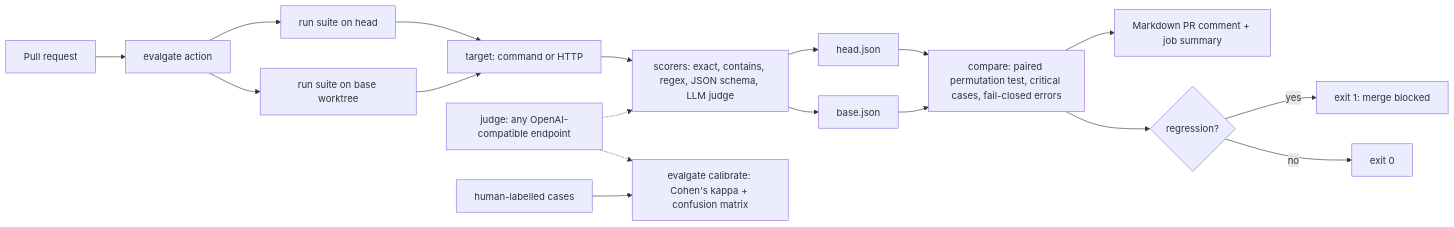
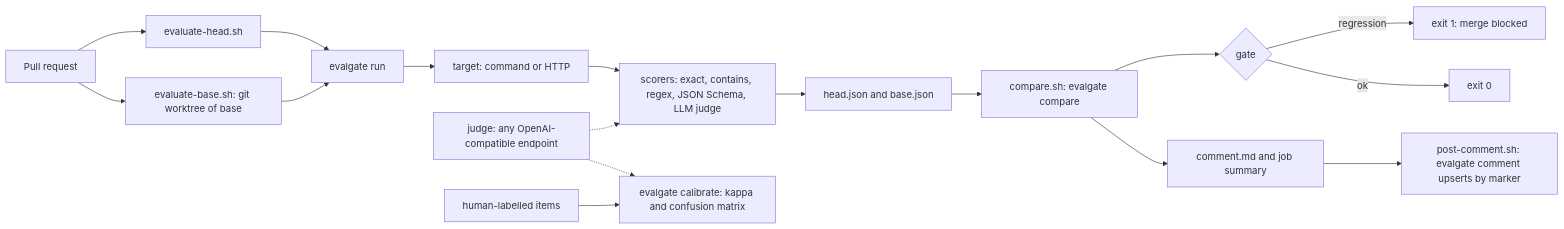
Before and after one commit to sathwikbairaboina2/evalgate: the diagram in docs/DEVDOCS.md, drawn with Mermaid. The commit also changed other lines of this file and 2 other files, not shown here.

````diff
--- a/docs/DEVDOCS.md
+++ b/docs/DEVDOCS.md
@@ -30,20 +52,19 @@
 ```mermaid
 flowchart LR
-  PR[Pull request] --> A[evalgate action]
-  A --> H[run suite on head]
-  A --> B[run suite on base worktree]
-  H --> T[target: command or HTTP]
-  B --> T
-  T --> S[scorers: exact, contains, regex, JSON schema, LLM judge]
+  PR[Pull request] --> EH[evaluate-head.sh]
+  PR --> EB[evaluate-base.sh: git worktree of base]
+  EH --> RUN[evalgate run]
+  EB --> RUN
+  RUN --> T[target: command or HTTP]
+  T --> S[scorers: exact, contains, regex, JSON Schema, LLM judge]
   J[judge: any OpenAI-compatible endpoint] -.-> S
-  S --> RH[head.json]
-  S --> RB[base.json]
-  RH --> C[compare: paired permutation test, critical cases, fail-closed errors]
-  RB --> C
-  C --> M[Markdown PR comment + job summary]
-  C --> X{regression?}
-  X -- yes --> F[exit 1: merge blocked]
-  X -- no --> P[exit 0]
-  L[human-labelled cases] --> K[evalgate calibrate: Cohen's kappa + confusion matrix]
+  S --> R[head.json and base.json]
+  R --> C[compare.sh: evalgate compare]
+  C --> G{gate}
+  G -- regression --> F[exit 1: merge blocked]
+  G -- ok --> P[exit 0]
+  C --> M[comment.md and job summary]
+  M --> PC[post-comment.sh: evalgate comment upserts by marker]
+  L[human-labelled items] --> K[evalgate calibrate: kappa and confusion matrix]
   J -.-> K
 ```
````
